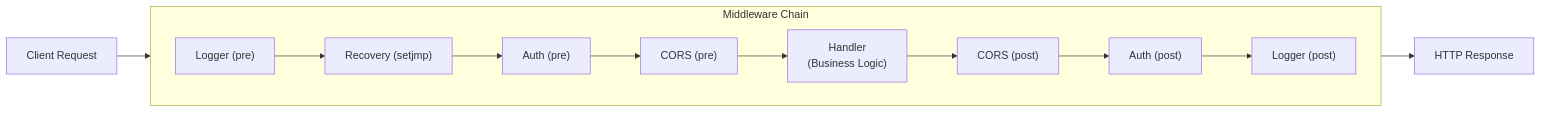
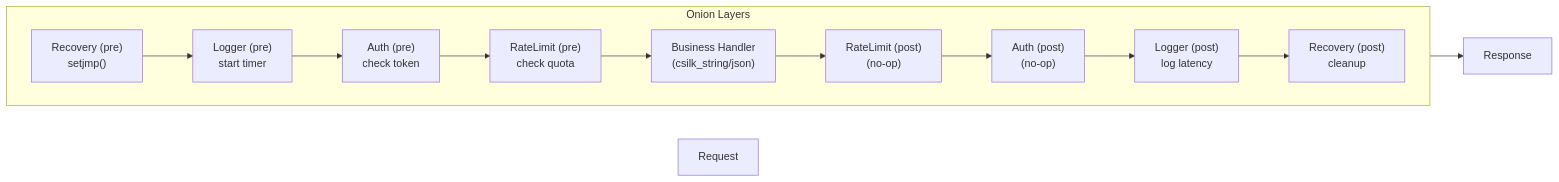
Before and after one commit to quintin-lee/csilk: the third of 12 diagrams in docs/architecture.md, drawn with Mermaid. The commit also changed other lines of this file and 2 other files, not shown here.

First line of the commit message:
docs(architecture): 📝 consolidate whitepaper into architecture.md and update structure

````diff
--- a/docs/architecture.md
+++ b/docs/architecture.md
@@ -100,17 +137,18 @@
 ```mermaid
 flowchart LR
-    A["Client Request"] --> B
+    REQ["Request"]
 
-    subgraph Onion["Middleware Chain"]
+    subgraph "Onion Layers"
         direction LR
-        B["Logger (pre)"] --> C["Recovery (setjmp)"]
-        C --> D["Auth (pre)"]
-        D --> E["CORS (pre)"]
-        E --> F["Handler\n(Business Logic)"]
-        F --> G["CORS (post)"]
-        G --> H["Auth (post)"]
-        H --> I["Logger (post)"]
+        L1i["Recovery (pre)<br/>setjmp()"] --> L2i["Logger (pre)<br/>start timer"]
+        L2i --> L3i["Auth (pre)<br/>check token"]
+        L3i --> L4i["RateLimit (pre)<br/>check quota"]
+        L4i --> CORE["Business Handler<br/>(csilk_string/json)"]
+        CORE --> L4o["RateLimit (post)<br/>(no-op)"]
+        L4o --> L3o["Auth (post)<br/>(no-op)"]
+        L3o --> L2o["Logger (post)<br/>log latency"]
+        L2o --> L1o["Recovery (post)<br/>cleanup"]
     end
 
-    I --> J["HTTP Response"]
+    L1o --> RES["Response"]
 ```
````
